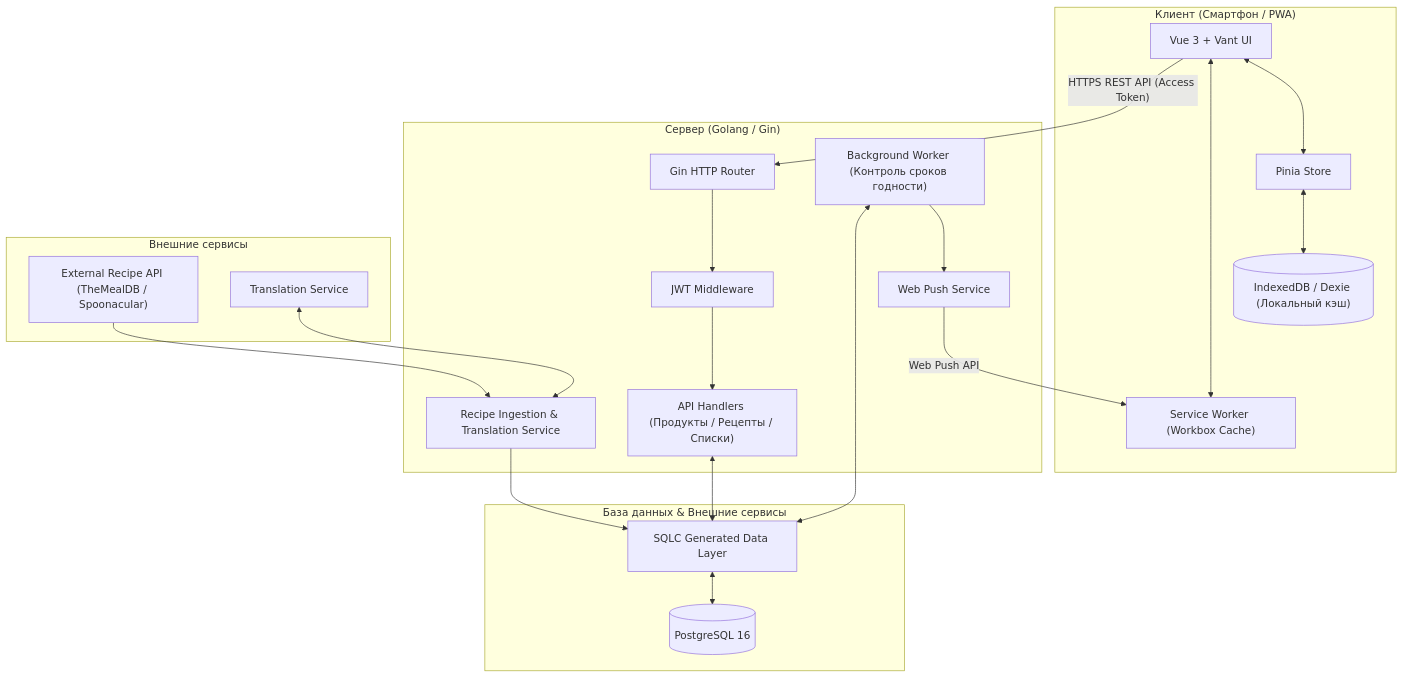
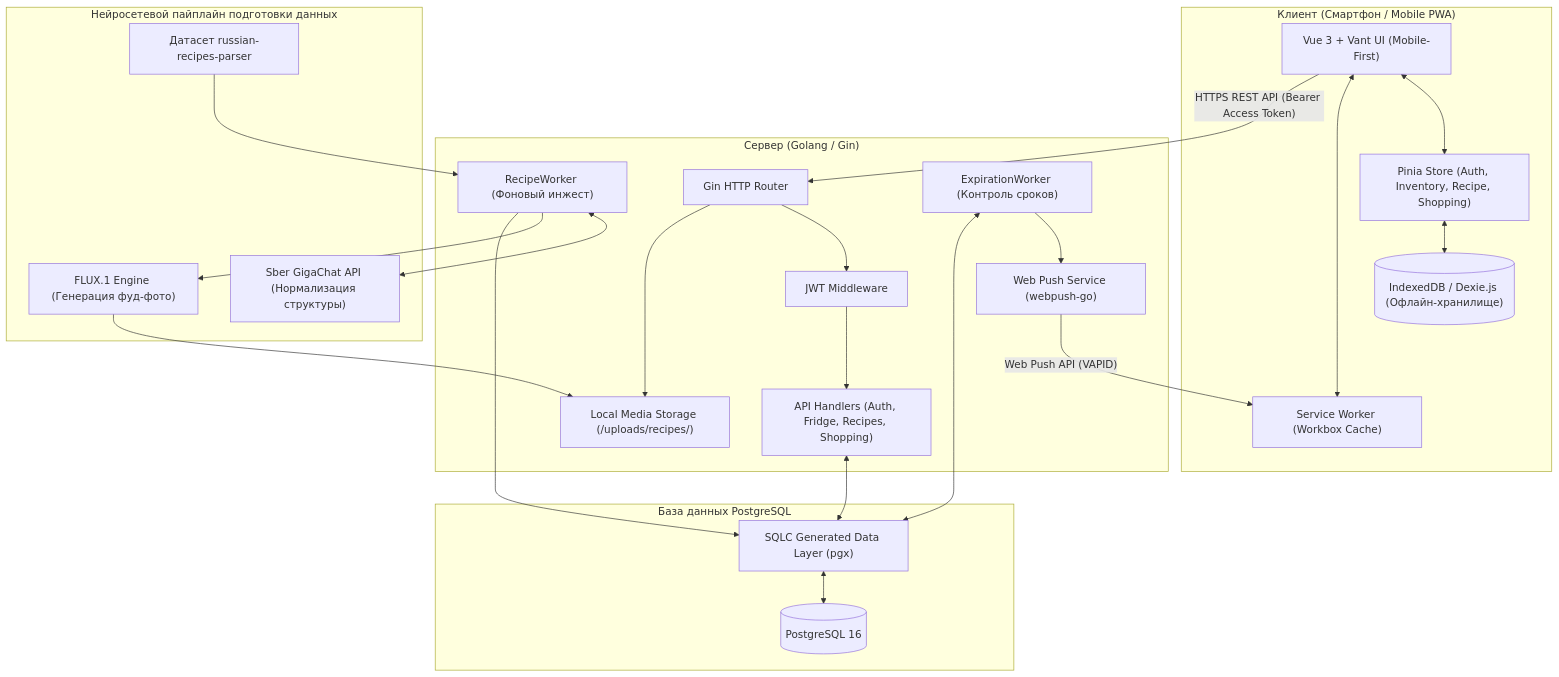
Before and after one commit to kerrek8/what-to-cook: the diagram in docs/tech-stack.md, drawn with Mermaid. The commit also changed other lines of this file and 4 other files, not shown here.

````diff
--- a/docs/tech-stack.md
+++ b/docs/tech-stack.md
@@ -103,43 +111,49 @@
 ```mermaid
 graph TD
-    subgraph Client ["Клиент (Смартфон / PWA)"]
-        UI["Vue 3 + Vant UI"]
-        Pinia["Pinia Store"]
+    subgraph Client ["Клиент (Смартфон / Mobile PWA)"]
+        UI["Vue 3 + Vant UI (Mobile-First)"]
+        Pinia["Pinia Store (Auth, Inventory, Recipe, Shopping)"]
         SW["Service Worker (Workbox Cache)"]
-        IDB[("IndexedDB / Dexie (Локальный кэш)")]
+        IDB[("IndexedDB / Dexie.js (Офлайн-хранилище)")]
 
         UI <--> Pinia
         Pinia <--> IDB
         UI <--> SW
     end
 
     subgraph Server ["Сервер (Golang / Gin)"]
         Router["Gin HTTP Router"]
         AuthMid["JWT Middleware"]
-        Handlers["API Handlers (Продукты / Рецепты / Списки)"]
-        RecipeIngest["Recipe Ingestion & Translation Service"]
-        Cron["Background Worker (Контроль сроков годности)"]
-        PushSender["Web Push Service"]
+        Handlers["API Handlers (Auth, Fridge, Recipes, Shopping)"]
+        MediaStorage["Local Media Storage (/uploads/recipes/)"]
+        RecipeWorker["RecipeWorker (Фоновый инжест)"]
+        Cron["ExpirationWorker (Контроль сроков)"]
+        PushSender["Web Push Service (webpush-go)"]
 
         Router --> AuthMid --> Handlers
+        Router --> MediaStorage
         Cron --> PushSender
     end
 
-    subgraph External ["Внешние сервисы"]
-        ExtAPI["External Recipe API (TheMealDB / Spoonacular)"]
-        TransAPI["Translation Service"]
-        ExtAPI --> RecipeIngest
-        TransAPI <--> RecipeIngest
+    subgraph AI_Data ["Нейросетевой пайплайн подготовки данных"]
+        Dataset["Датасет russian-recipes-parser"]
+        GigaChat["Sber GigaChat API (Нормализация структуры)"]
+        FluxEngine["FLUX.1 Engine (Генерация фуд-фото)"]
+
+        Dataset --> RecipeWorker
+        RecipeWorker <--> GigaChat
+        RecipeWorker --> FluxEngine
+        FluxEngine --> MediaStorage
     end
 
-    subgraph Storage ["База данных & Внешние сервисы"]
+    subgraph Storage ["База данных PostgreSQL"]
         PG[("PostgreSQL 16")]
-        SQLC["SQLC Generated Data Layer"]
+        SQLC["SQLC Generated Data Layer (pgx)"]
     end
 
-    UI -- "HTTPS REST API (Access Token)" --> Router
+    UI -- "HTTPS REST API (Bearer Access Token)" --> Router
     Handlers <--> SQLC <--> PG
-    RecipeIngest --> SQLC
+    RecipeWorker --> SQLC
     Cron <--> SQLC
-    PushSender -- "Web Push API" --> SW
+    PushSender -- "Web Push API (VAPID)" --> SW
 ```
````
